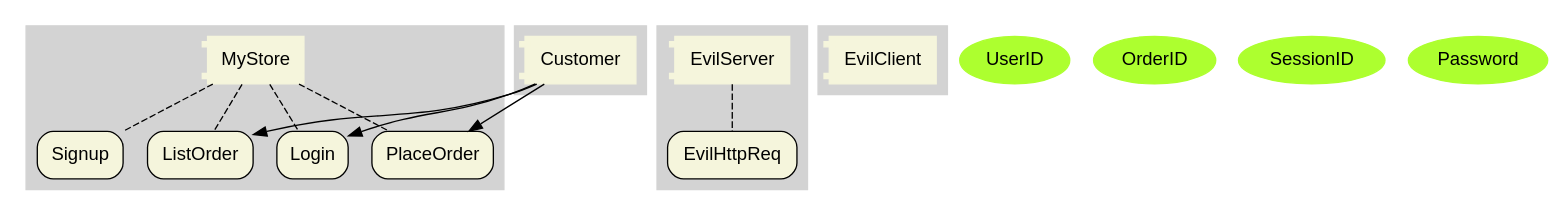
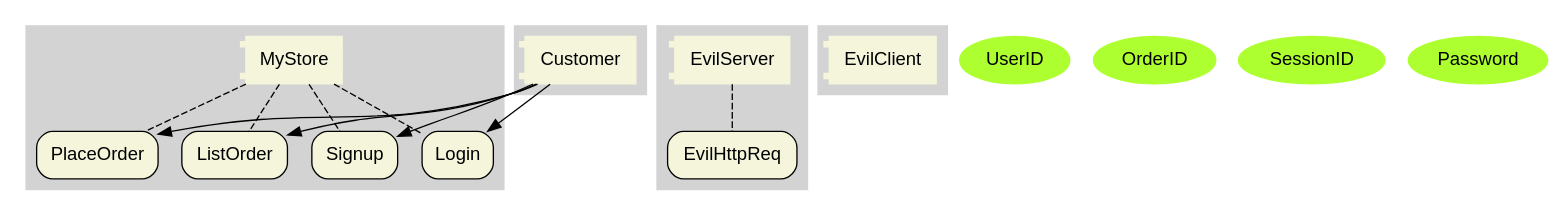
The diagram in generated/alloy/poirotmodel.dot (kyessenov/poirot), drawn with Graphviz before and after one commit. The commit also changed 15 other files, not shown here.

```diff
--- a/generated/alloy/poirotmodel.dot
+++ b/generated/alloy/poirotmodel.dot
@@ -1,38 +1,39 @@
 digraph g {
 graph[fontname="helvetica", splines=true, concentrate=true];
 node[fontname="helvetica"];
 edge[fontname="helvetica", len=1.0];
 subgraph cluster_MyStore { 
 style=filled; color=lightgrey;
 MyStore [shape=component,style="filled",color="beige"];
 MyStore_MyStore__Signup [label="Signup",shape=rectangle,fillcolor="beige",style="filled,rounded"];
 MyStore -> MyStore_MyStore__Signup [style=dashed,dir=none];
 MyStore_MyStore__Login [label="Login",shape=rectangle,fillcolor="beige",style="filled,rounded"];
 MyStore -> MyStore_MyStore__Login [style=dashed,dir=none];
 MyStore_MyStore__PlaceOrder [label="PlaceOrder",shape=rectangle,fillcolor="beige",style="filled,rounded"];
 MyStore -> MyStore_MyStore__PlaceOrder [style=dashed,dir=none];
 MyStore_MyStore__ListOrder [label="ListOrder",shape=rectangle,fillcolor="beige",style="filled,rounded"];
 MyStore -> MyStore_MyStore__ListOrder [style=dashed,dir=none];
 }
 subgraph cluster_Customer { 
 style=filled; color=lightgrey;
 Customer [shape=component,style="filled",color="beige"];
 }
+Customer -> MyStore_MyStore__Signup;
 Customer -> MyStore_MyStore__Login;
 Customer -> MyStore_MyStore__PlaceOrder;
 Customer -> MyStore_MyStore__ListOrder;
 subgraph cluster_EvilServer { 
 style=filled; color=lightgrey;
 EvilServer [shape=component,style="filled",color="beige"];
 EvilServer_EvilServer__EvilHttpReq [label="EvilHttpReq",shape=rectangle,fillcolor="beige",style="filled,rounded"];
 EvilServer -> EvilServer_EvilServer__EvilHttpReq [style=dashed,dir=none];
 }
 subgraph cluster_EvilClient { 
 style=filled; color=lightgrey;
 EvilClient [shape=component,style="filled",color="beige"];
 }
 UserID[shape=ellipse,style="filled",color="greenyellow"];
 OrderID[shape=ellipse,style="filled",color="greenyellow"];
 SessionID[shape=ellipse,style="filled",color="greenyellow"];
 Password[shape=ellipse,style="filled",color="greenyellow"];
 }
```
